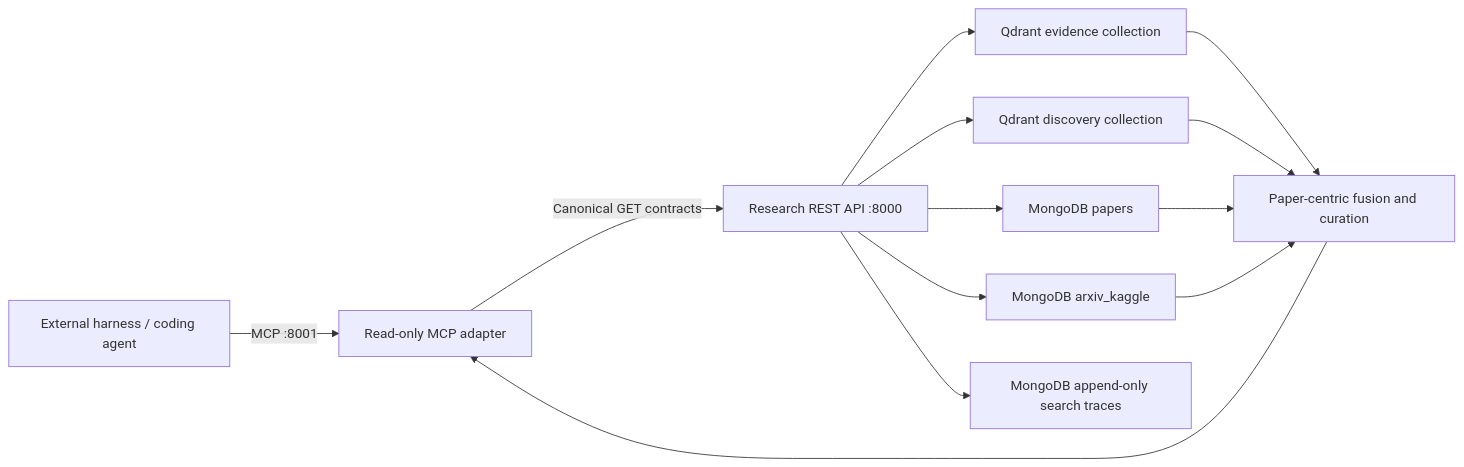
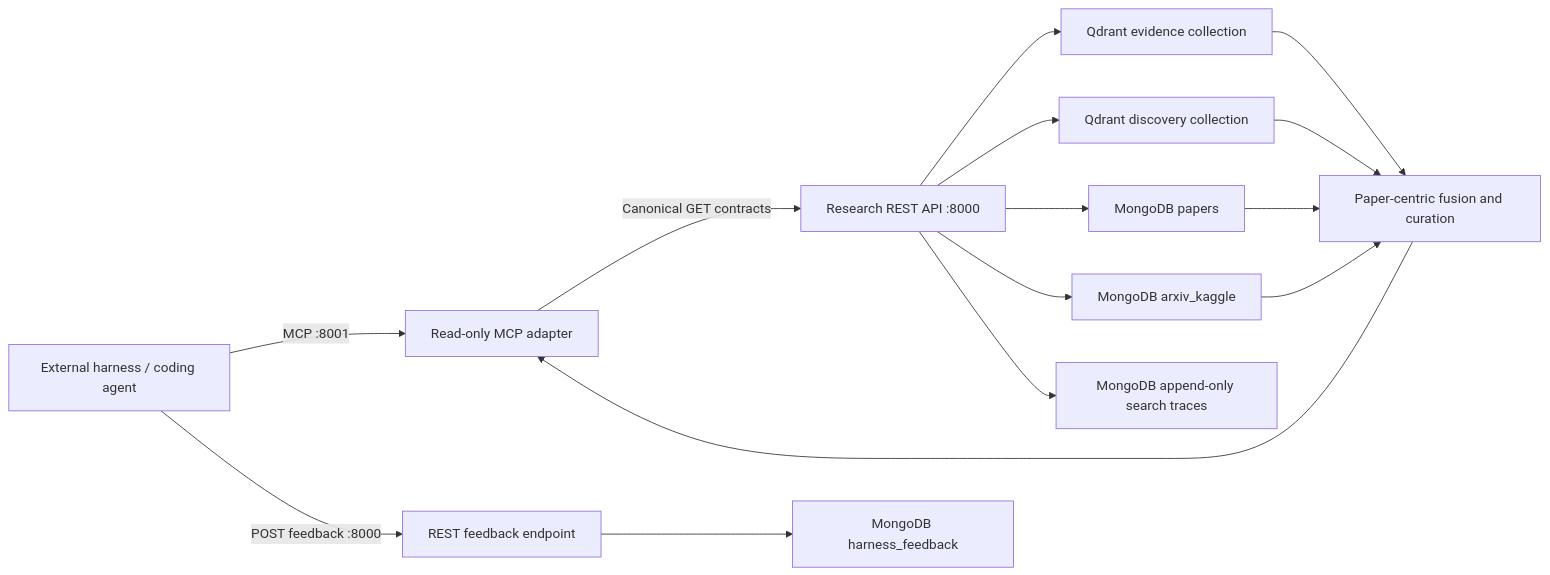
The diagram in docs/15-external_ai_harness_mcp_handoff.md (Analytics206/arxiv_pipeline), drawn with Mermaid before and after one commit. The commit also changed other lines of this file and 14 other files, not shown here.

````diff
--- a/docs/15-external_ai_harness_mcp_handoff.md
+++ b/docs/15-external_ai_harness_mcp_handoff.md
@@ -50,15 +50,17 @@
 ```mermaid
 flowchart LR
     H["External harness / coding agent"] -->|"MCP :8001"| M["Read-only MCP adapter"]
+    H -->|"POST feedback :8000"| F["REST feedback endpoint"]
     M -->|"Canonical GET contracts"| A["Research REST API :8000"]
     A --> E["Qdrant evidence collection"]
     A --> D["Qdrant discovery collection"]
     A --> P["MongoDB papers"]
     A --> K["MongoDB arxiv_kaggle"]
     A --> T["MongoDB append-only search traces"]
+    F --> HF["MongoDB harness_feedback"]
     E --> C["Paper-centric fusion and curation"]
     D --> C
     P --> C
     K --> C
     C --> M
 ```
````
